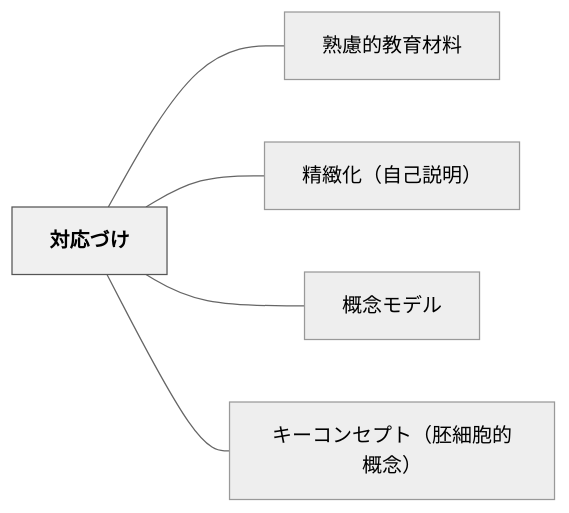
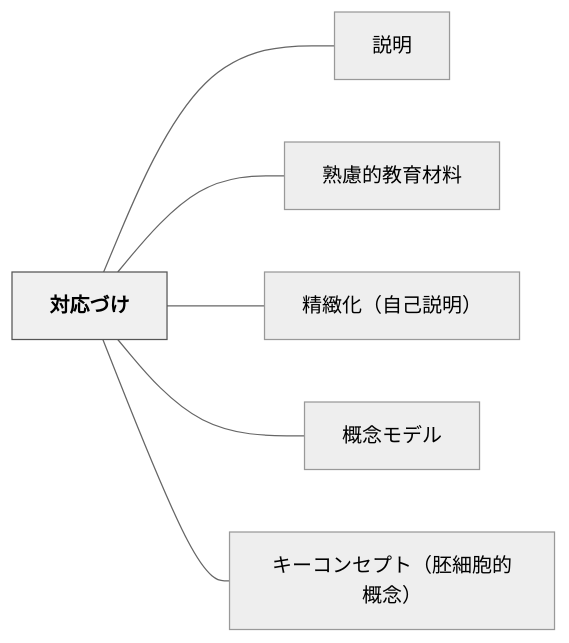
Before and after one commit to unknownthings-ed-patterns/unknownthings-ed-patterns: the diagram in content/パタン/対応づけ.md, drawn with Mermaid (neutral theme). The commit also changed other lines of this file and 473 other files, not shown here.

````diff
--- a/content/パタン/対応づけ.md
+++ b/content/パタン/対応づけ.md
@@ -45,16 +46,18 @@
 ```mermaid
 flowchart LR
     ne5afbee5bf9c["対応づけ"]
+    ne8aaace6988e["説明"]
     ne7869fe685ae["熟慮的教育材料"]
     ne7b2bee7b7bb["精緻化（自己説明）"]
     ne6a682e5bfb5["概念モデル"]
     ne382ade383bc["キーコンセプト（胚細胞的概念）"]
 
+    ne5afbee5bf9c --- ne8aaace6988e
     ne5afbee5bf9c --- ne7869fe685ae
     ne5afbee5bf9c --- ne7b2bee7b7bb
     ne5afbee5bf9c --- ne6a682e5bfb5
     ne5afbee5bf9c --- ne382ade383bc
 
     classDef hub fill:#f0f0f0,stroke:#555,color:#000,font-weight:bold
     class ne5afbee5bf9c hub
 ```
````
